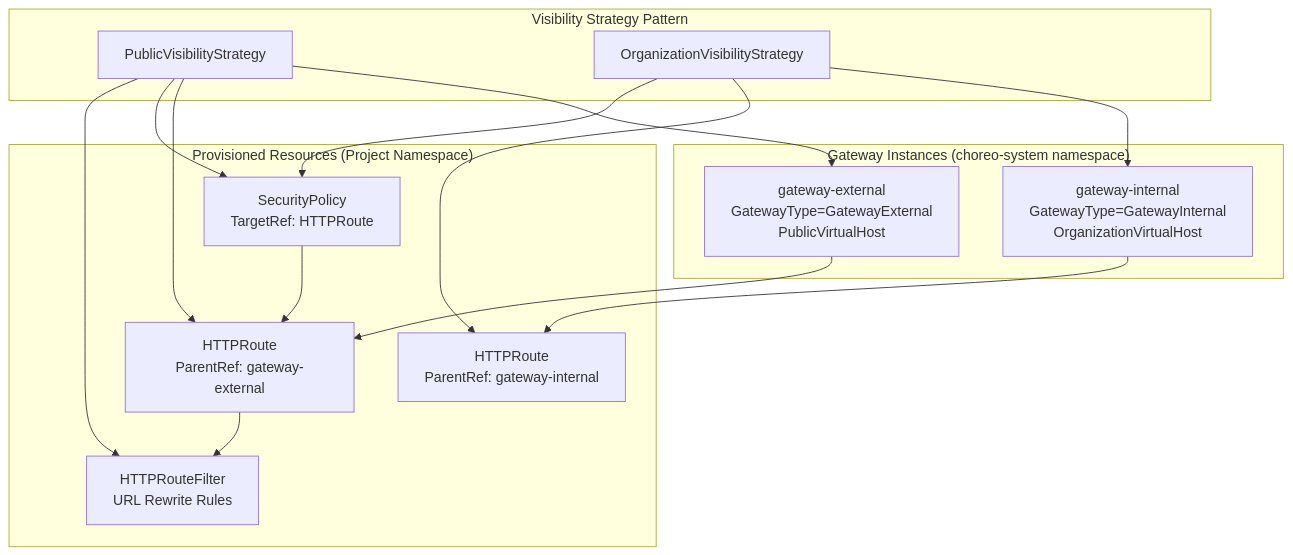
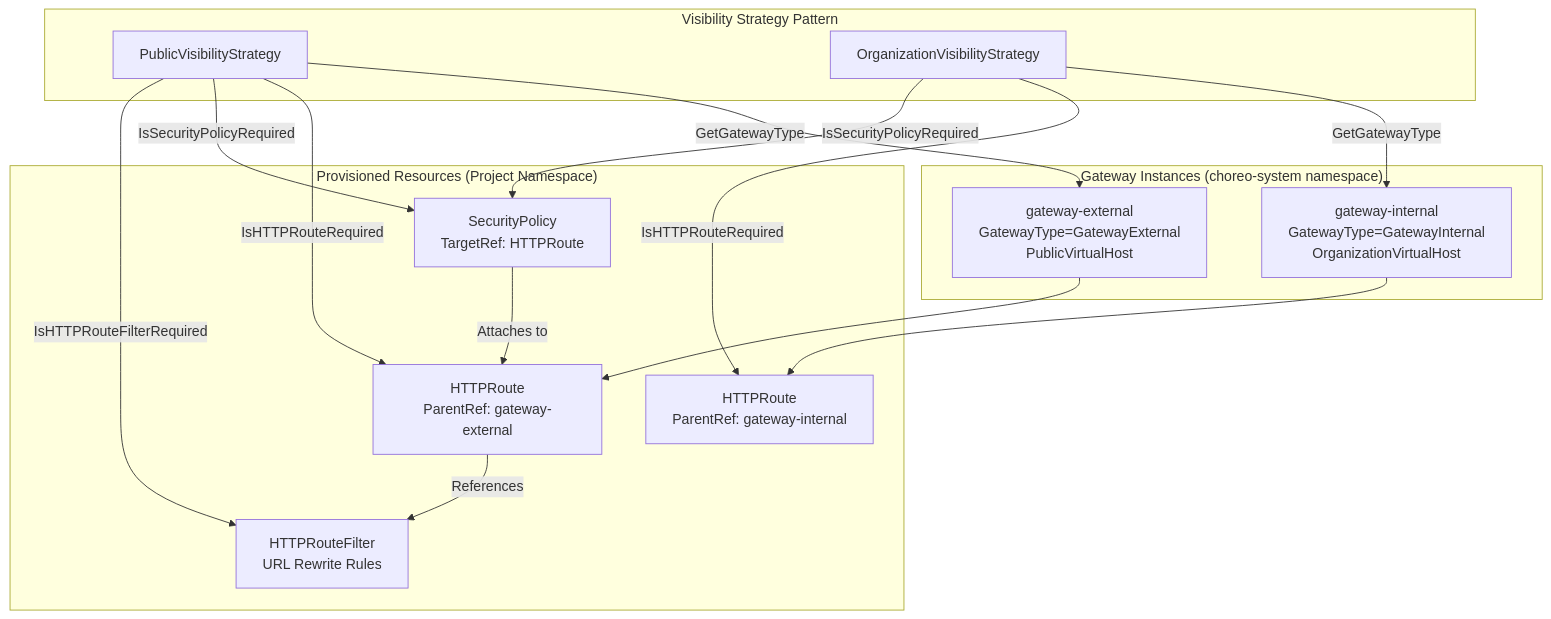
One commit to openchoreo/openchoreo changed the second of 10 diagrams in docs/deepwiki/Cell-Runtime-Model.md. Above: the diagram before and after it, drawn with Mermaid. The commit also changed other lines of this file and 85 other files, not shown here.

Commit message:
feat: Add new workflow and specification templates, update Helm chart dependencies, and clarify documentation diagrams.

````diff
--- a/docs/deepwiki/Cell-Runtime-Model.md
+++ b/docs/deepwiki/Cell-Runtime-Model.md
@@ -113,41 +113,41 @@
 ```mermaid
 flowchart TD
 
 PubStrat["PublicVisibilityStrategy"]
 OrgStrat["OrganizationVisibilityStrategy"]
 ExtGW["gateway-external<br>GatewayType=GatewayExternal<br>PublicVirtualHost"]
 IntGW["gateway-internal<br>GatewayType=GatewayInternal<br>OrganizationVirtualHost"]
 HTTPRoute1["HTTPRoute<br>ParentRef: gateway-external"]
 HTTPRoute2["HTTPRoute<br>ParentRef: gateway-internal"]
 SecPolicy1["SecurityPolicy<br>TargetRef: HTTPRoute"]
 HTTPFilter["HTTPRouteFilter<br>URL Rewrite Rules"]
 
-PubStrat --> ExtGW
-OrgStrat --> IntGW
-PubStrat --> HTTPRoute1
-OrgStrat --> HTTPRoute2
-PubStrat --> SecPolicy1
-OrgStrat --> SecPolicy1
-PubStrat --> HTTPFilter
+PubStrat -->|"GetGatewayType"| ExtGW
+OrgStrat -->|"GetGatewayType"| IntGW
+PubStrat -->|"IsHTTPRouteRequired"| HTTPRoute1
+OrgStrat -->|"IsHTTPRouteRequired"| HTTPRoute2
+PubStrat -->|"IsSecurityPolicyRequired"| SecPolicy1
+OrgStrat -->|"IsSecurityPolicyRequired"| SecPolicy1
+PubStrat -->|"IsHTTPRouteFilterRequired"| HTTPFilter
 ExtGW --> HTTPRoute1
 IntGW --> HTTPRoute2
 
 subgraph Resources ["Provisioned Resources (Project Namespace)"]
     HTTPRoute1
     HTTPRoute2
     SecPolicy1
     HTTPFilter
-    HTTPRoute1 --> HTTPFilter
-    SecPolicy1 --> HTTPRoute1
+    HTTPRoute1 -->|"References"| HTTPFilter
+    SecPolicy1 -->|"Attaches to"| HTTPRoute1
 end
 
 subgraph Gateways ["Gateway Instances (choreo-system namespace)"]
     ExtGW
     IntGW
 end
 
 subgraph VisibilityStrategies ["Visibility Strategy Pattern"]
     PubStrat
     OrgStrat
 end
 ```
````
